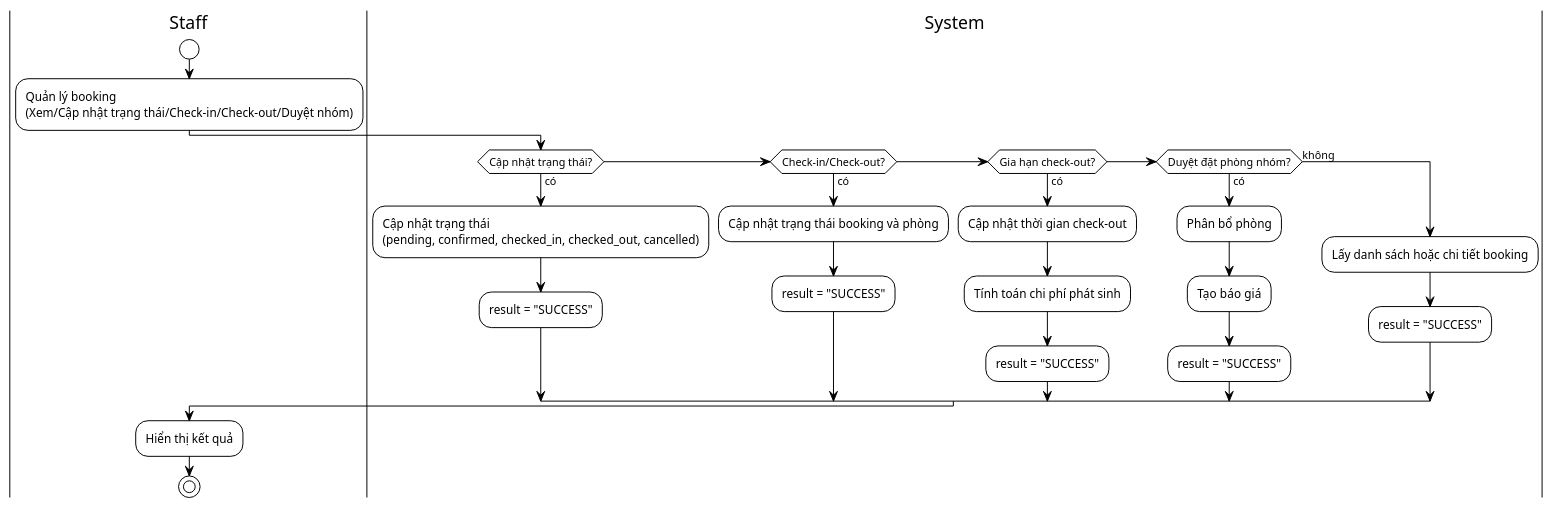
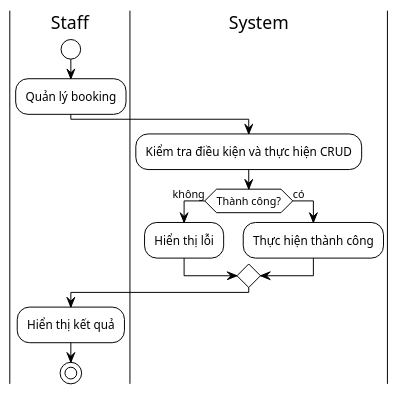
One commit to AnthanBiPhap/Khachsan changed the diagram in Phân tích hệ thống/Sơ đồ hoạt động/ACTIVITY_DIAGRAM_BOOKING_STAFF.puml. Above: the diagram before and after it, drawn with PlantUML. The commit also changed 65 other files, not shown here.

```diff
--- a/Phân tích hệ thống/Sơ đồ hoạt động/ACTIVITY_DIAGRAM_BOOKING_STAFF.puml
+++ b/Phân tích hệ thống/Sơ đồ hoạt động/ACTIVITY_DIAGRAM_BOOKING_STAFF.puml
@@ -1,32 +1,20 @@
 @startuml Activity_Booking_Staff
 !theme plain
 
 |Staff|
 start
-:Quản lý booking\n(Xem/Cập nhật trạng thái/Check-in/Check-out/Duyệt nhóm);
+:Quản lý booking;
 
 |System|
-if (Cập nhật trạng thái?) then (có)
-    :Cập nhật trạng thái\n(pending, confirmed, checked_in, checked_out, cancelled);
-    :result = "SUCCESS";
-elseif (Check-in/Check-out?) then (có)
-    :Cập nhật trạng thái booking và phòng;
-    :result = "SUCCESS";
-elseif (Gia hạn check-out?) then (có)
-    :Cập nhật thời gian check-out;
-    :Tính toán chi phí phát sinh;
-    :result = "SUCCESS";
-elseif (Duyệt đặt phòng nhóm?) then (có)
-    :Phân bổ phòng;
-    :Tạo báo giá;
-    :result = "SUCCESS";
-else (không)
-    :Lấy danh sách hoặc chi tiết booking;
-    :result = "SUCCESS";
+:Kiểm tra điều kiện và thực hiện CRUD;
+if (Thành công?) then (không)
+    :Hiển thị lỗi;
+else (có)
+    :Thực hiện thành công;
 endif
 
 |Staff|
 :Hiển thị kết quả;
 stop
 
 @enduml
```
